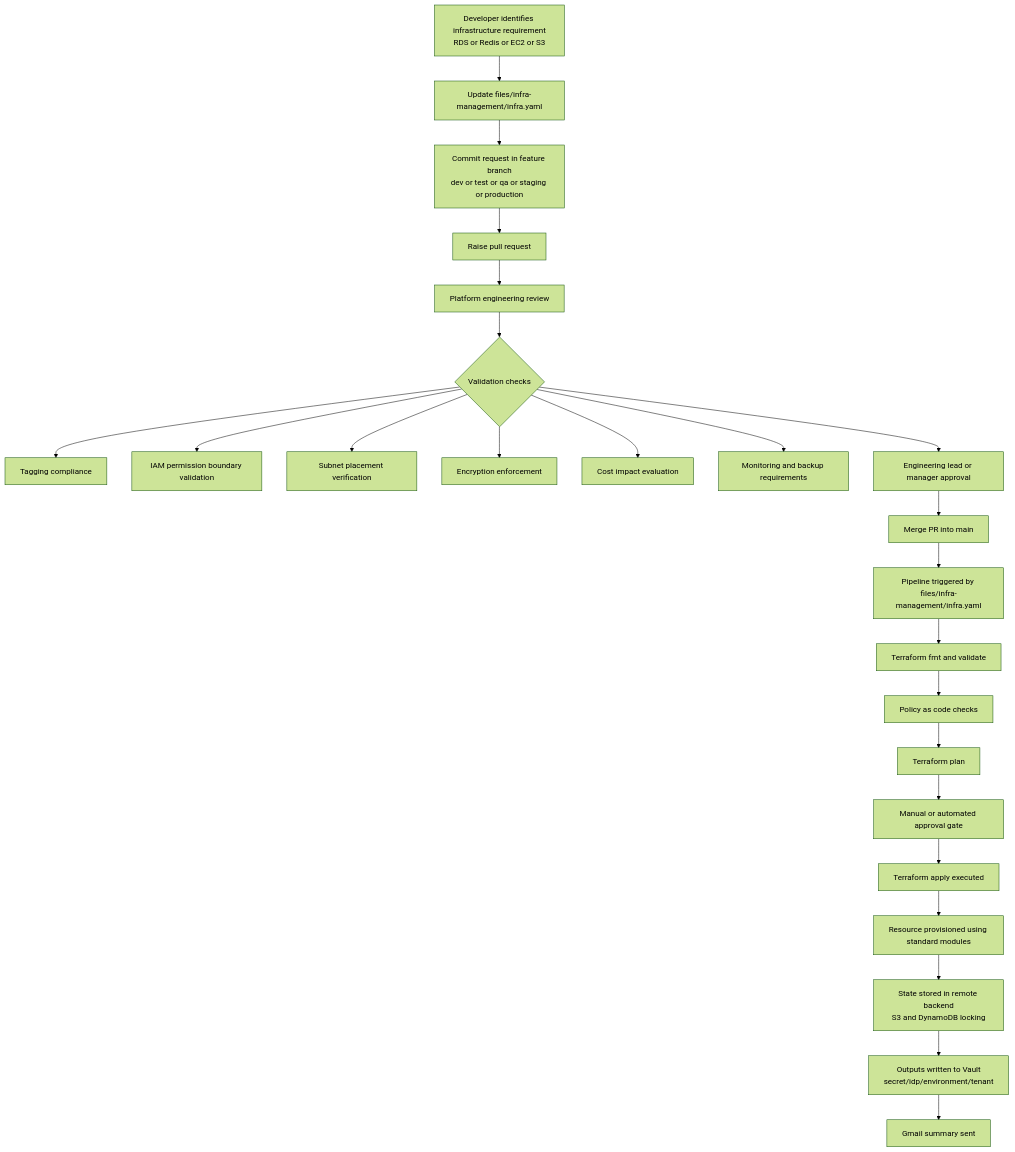
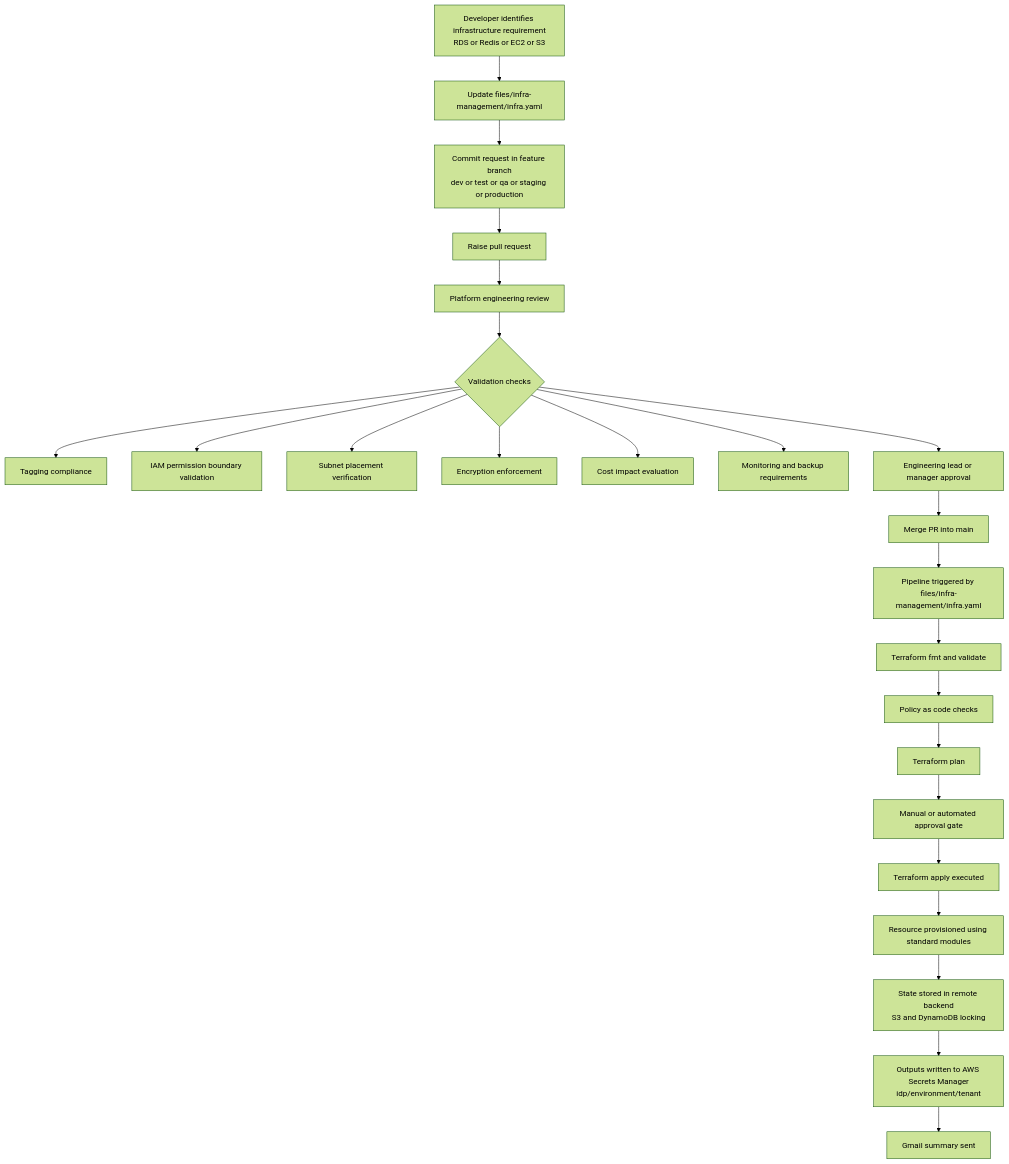
Before and after one commit to devopsforge2304/IDP-Terraform-Project: the diagram in idp-provisioning-workflow.md, drawn with Mermaid (forest theme). The commit also changed 17 other files, not shown here.

Commit message:
Replaced vault from AWS Secrets Manager

````diff
--- a/idp-provisioning-workflow.md
+++ b/idp-provisioning-workflow.md
@@ -3,26 +3,26 @@
 ```mermaid
 flowchart TD
     A[Developer identifies infrastructure requirement<br/>RDS or Redis or EC2 or S3] --> B[Update files/infra-management/infra.yaml]
     B --> C[Commit request in feature branch<br/>dev or test or qa or staging or production]
     C --> D[Raise pull request]
     D --> E[Platform engineering review]
     E --> F{Validation checks}
     F --> F1[Tagging compliance]
     F --> F2[IAM permission boundary validation]
     F --> F3[Subnet placement verification]
     F --> F4[Encryption enforcement]
     F --> F5[Cost impact evaluation]
     F --> F6[Monitoring and backup requirements]
     F --> G[Engineering lead or manager approval]
     G --> H[Merge PR into main]
     H --> I[Pipeline triggered by files/infra-management/infra.yaml]
     I --> J[Terraform fmt and validate]
     J --> K[Policy as code checks]
     K --> L[Terraform plan]
     L --> M[Manual or automated approval gate]
     M --> N[Terraform apply executed]
     N --> O[Resource provisioned using standard modules]
     O --> P[State stored in remote backend<br/>S3 and DynamoDB locking]
-    P --> Q[Outputs written to Vault<br/>secret/idp/environment/tenant]
+    P --> Q[Outputs written to AWS Secrets Manager<br/>idp/environment/tenant]
     Q --> R[Gmail summary sent]
 ```
````
